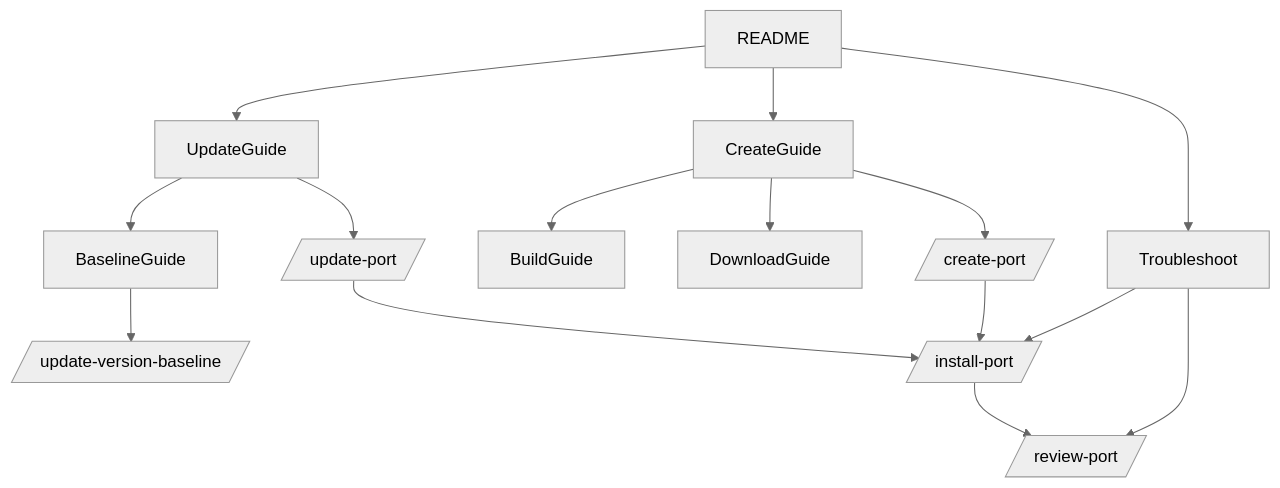
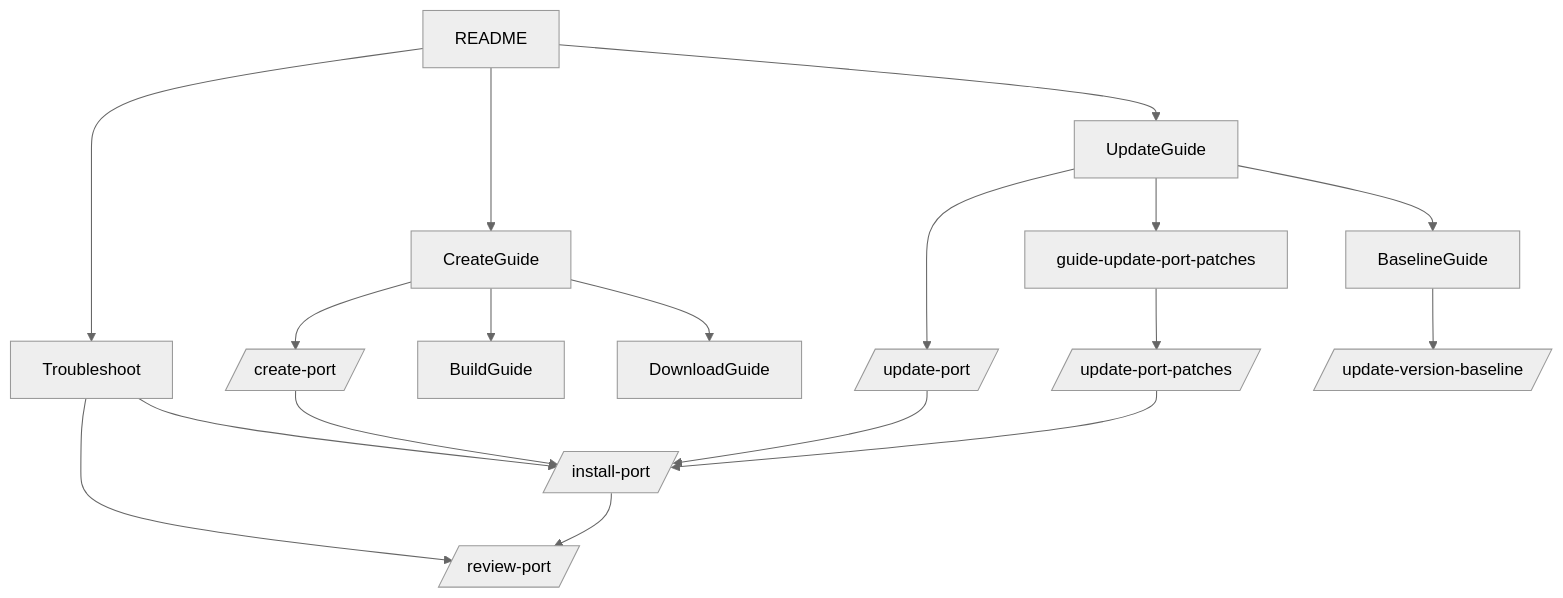
The first of 2 diagrams in docs/prompt-designs.md (luncliff/vcpkg-registry), drawn with Mermaid (neutral theme) before and after one commit. The commit also changed other lines of this file and 2 other files, not shown here.

Commit message:
prompt: add guide and prompt for updating port patches

````diff
--- a/docs/prompt-designs.md
+++ b/docs/prompt-designs.md
@@ -50,17 +52,20 @@
 ```mermaid
 flowchart TD
   README --> CreateGuide
   README --> UpdateGuide
   README --> Troubleshoot
   CreateGuide --> CreatePrompt[/create-port/]
   CreateGuide --> BuildGuide
   CreateGuide --> DownloadGuide
   UpdateGuide --> UpdatePrompt[/update-port/]
+  UpdateGuide --> PatchGuide[guide-update-port-patches]
+  PatchGuide --> PatchPrompt[/update-port-patches/]
   UpdateGuide --> BaselineGuide
   BaselineGuide --> BaselinePrompt[/update-version-baseline/]
   Troubleshoot --> InstallPrompt[/install-port/]
   Troubleshoot --> ReviewPrompt[/review-port/]
   InstallPrompt --> ReviewPrompt
   CreatePrompt --> InstallPrompt
   UpdatePrompt --> InstallPrompt
+  PatchPrompt --> InstallPrompt
 ```
````
